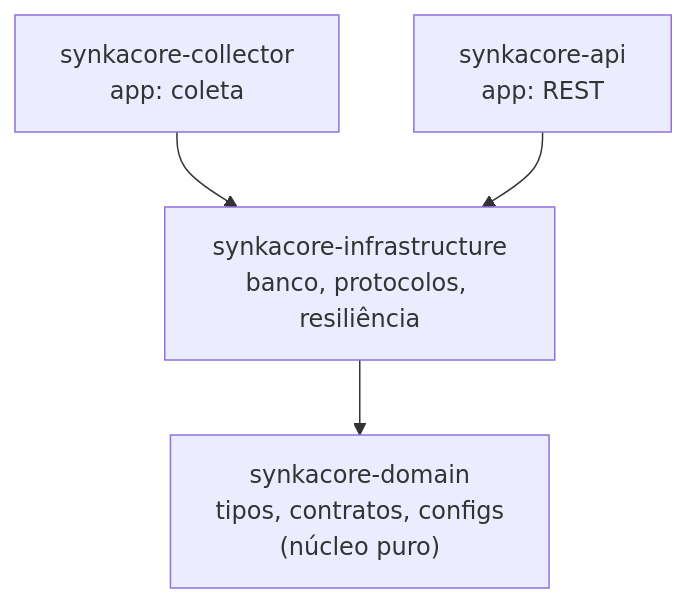
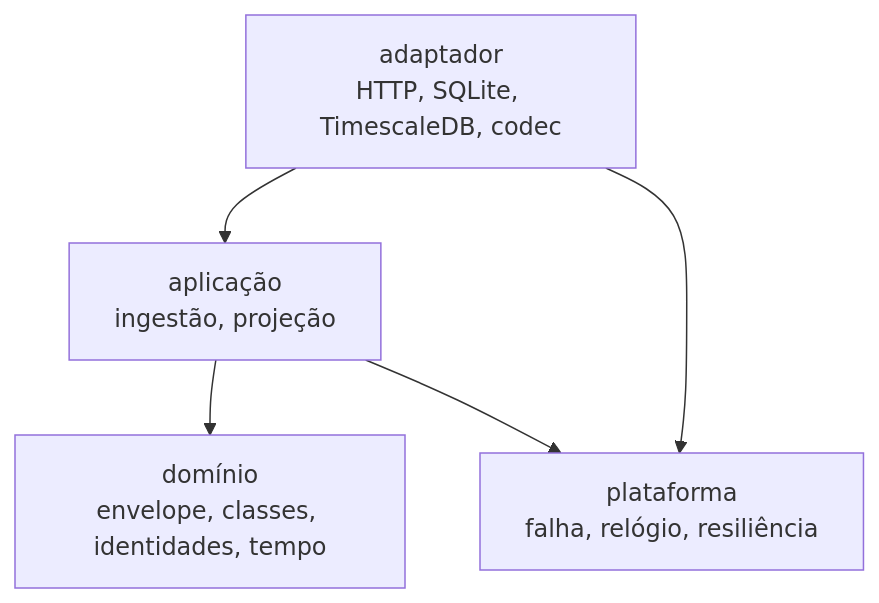
The second of 2 diagrams in README.md (ViktorWalde/SynkaCore), drawn with Mermaid before and after one commit. The commit also changed other lines of this file and 124 other files, not shown here.

````diff
--- a/README.md
+++ b/README.md
@@ -65,6 +160,7 @@
 ```mermaid
 flowchart TD
-    COL["synkacore-collector<br/>app: coleta"] --> INFRA["synkacore-infrastructure<br/>banco, protocolos, resiliência"]
-    API["synkacore-api<br/>app: REST"] --> INFRA
-    INFRA --> DOM["synkacore-domain<br/>tipos, contratos, configs<br/>(núcleo puro)"]
+    ADA["adaptador<br/>HTTP, SQLite, TimescaleDB, codec"] --> APL["aplicação<br/>ingestão, projeção"]
+    APL --> DOM["domínio<br/>envelope, classes, identidades, tempo"]
+    ADA --> PLA["plataforma<br/>falha, relógio, resiliência"]
+    APL --> PLA
 ```
````
